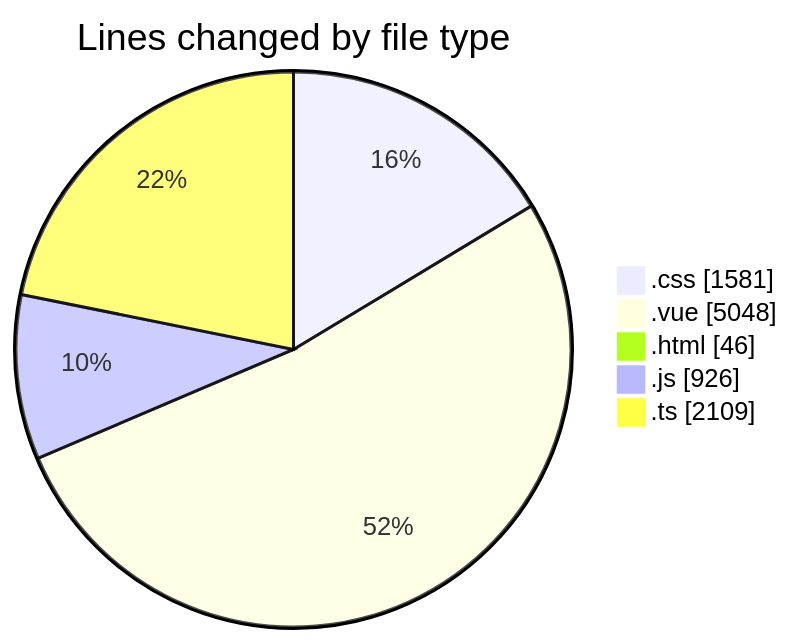
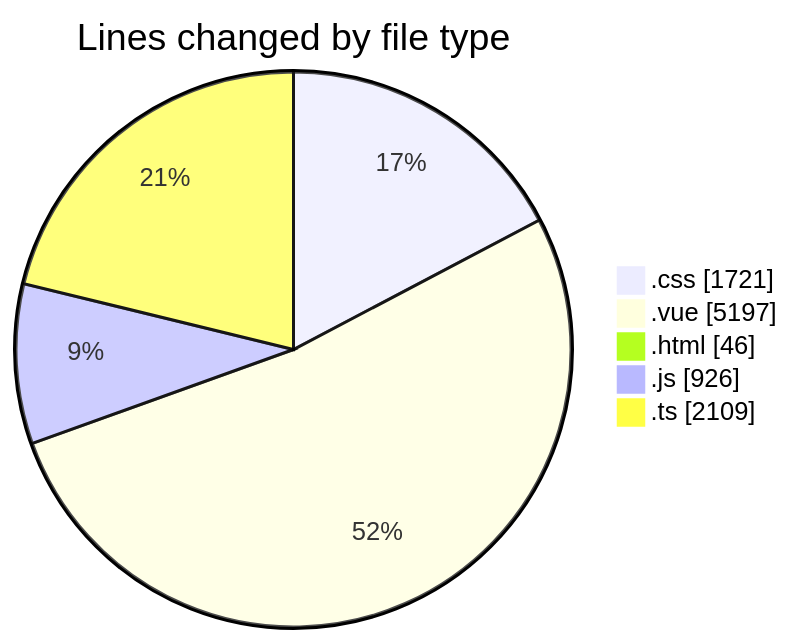
The first of 2 diagrams in 2025-08-18/rentotp/README.md (lephambinh05/code-tracking), drawn with Mermaid before and after one commit. The commit also changed other lines of this file and 1 other file, not shown here.

````diff
--- a/2025-08-18/rentotp/README.md
+++ b/2025-08-18/rentotp/README.md
@@ -51,9 +53,9 @@
 ```mermaid
 pie showData
 title Lines changed by file type
-".css" : 1581
-".vue" : 5048
+".css" : 1721
+".vue" : 5197
 ".html" : 46
 ".js" : 926
 ".ts" : 2109
 ```
````
